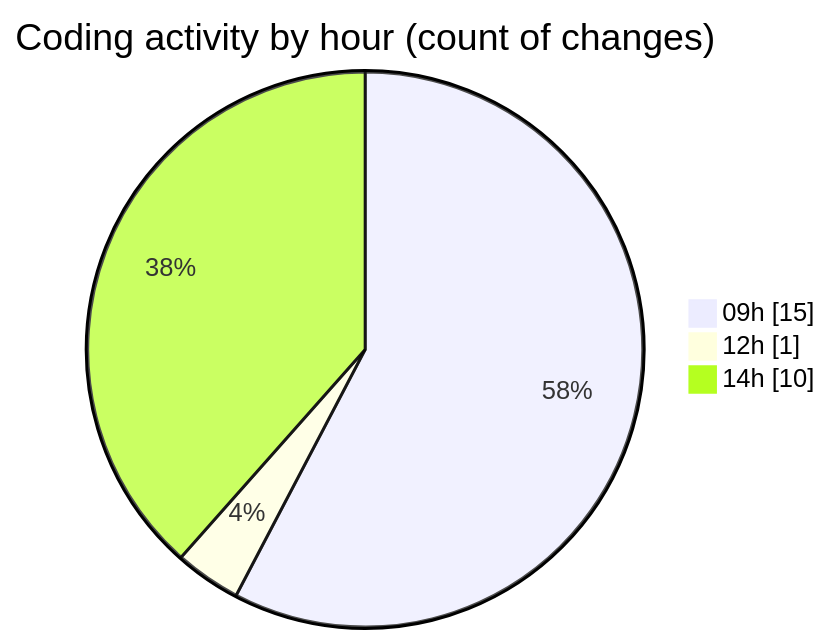
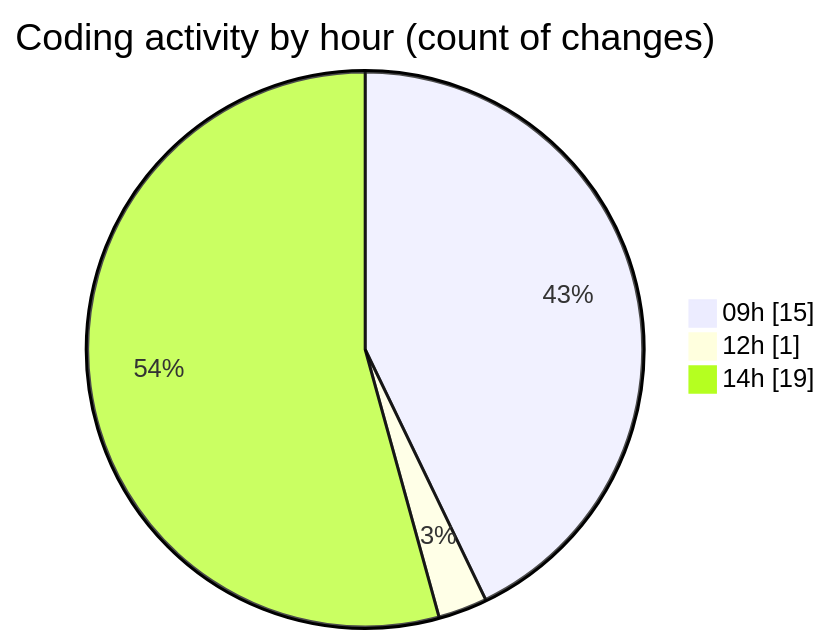
Before and after one commit to momahboobian/code-tracking: the second of 2 diagrams in 2026-09-08/cda/README.md, drawn with Mermaid. The commit also changed other lines of this file and 1 other file, not shown here.

````diff
--- a/2026-09-08/cda/README.md
+++ b/2026-09-08/cda/README.md
@@ -55,7 +58,7 @@
 ```mermaid
 pie showData
 title Coding activity by hour (count of changes)
 "09h" : 15
 "12h" : 1
-"14h" : 10
+"14h" : 19
 ```
````
